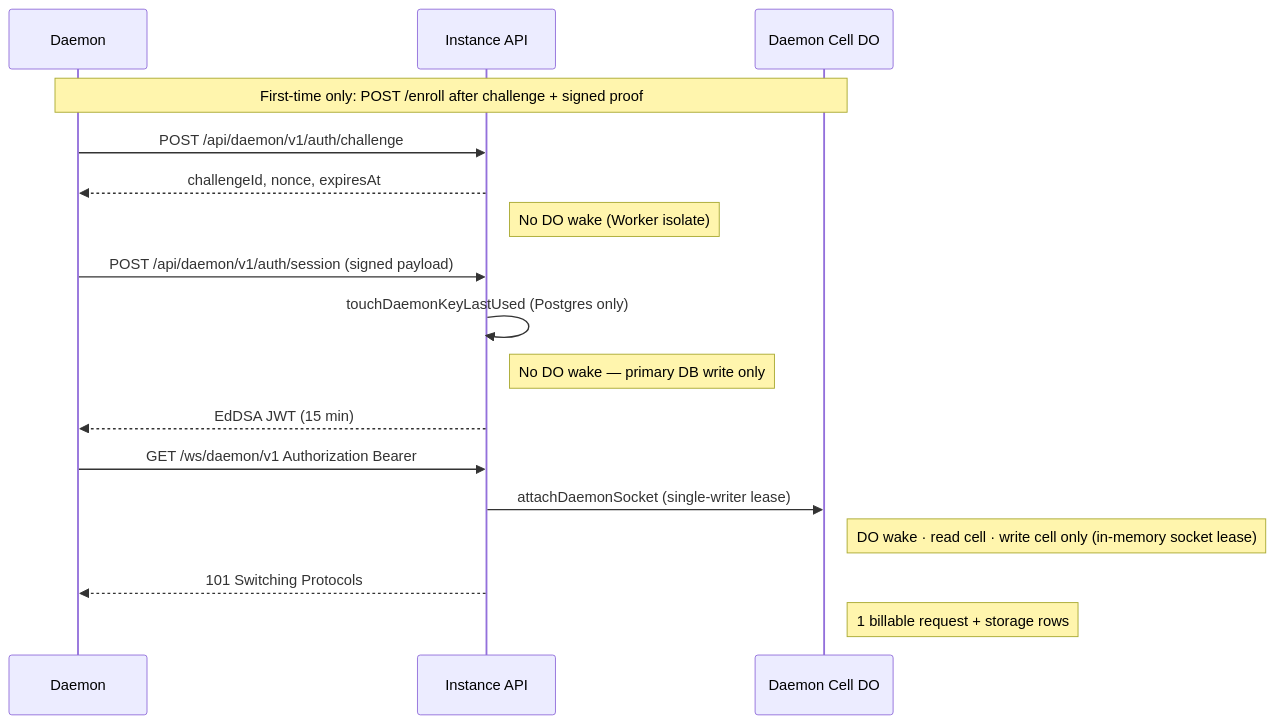
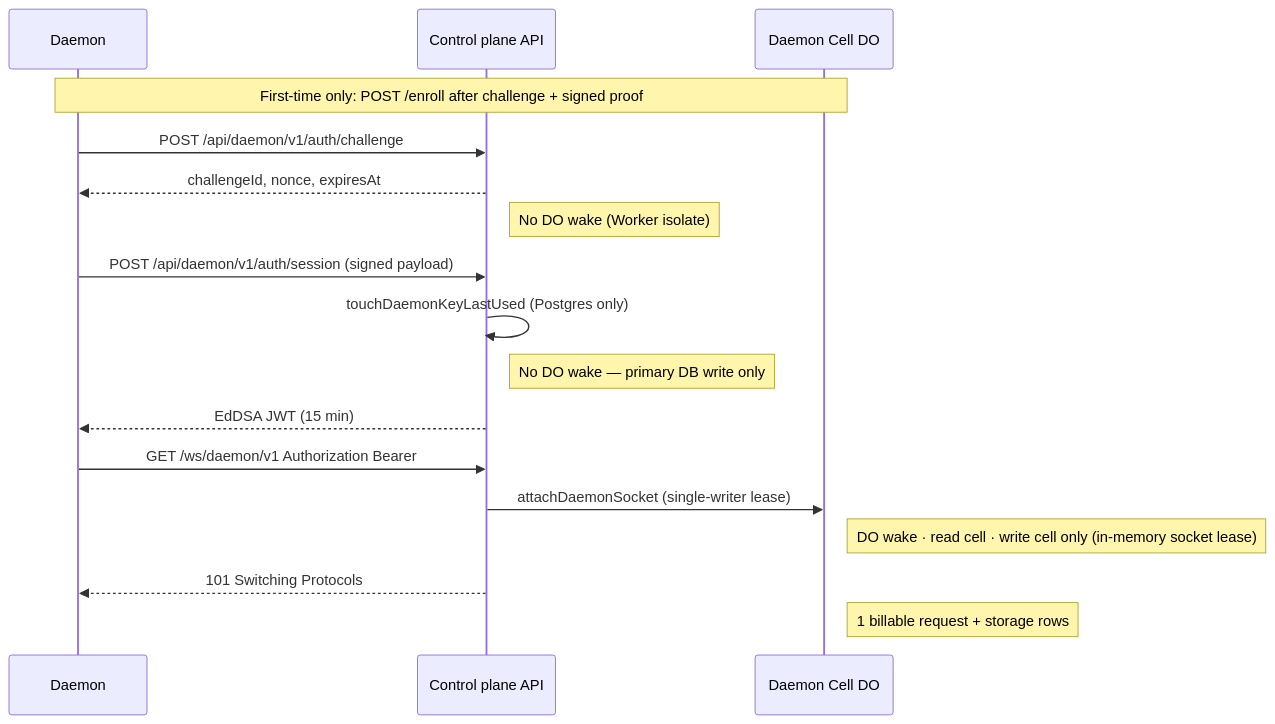
The first of 8 diagrams in docs/architecture/daemon-cell.mdx (TurboPanel/website), drawn with Mermaid before and after one commit. The commit also changed other lines of this file and 20 other files, not shown here.

Commit message:
docs: vocabulary sweep for architecture, security, metrics and database pages (#96)

````diff
--- a/docs/architecture/daemon-cell.mdx
+++ b/docs/architecture/daemon-cell.mdx
@@ -129,23 +129,23 @@
 ```mermaid
 sequenceDiagram
     participant Daemon
-    participant Instance as Instance API
+    participant Instance as Control plane API
     participant Cell as Daemon Cell DO
 
     Note over Daemon,Cell: First-time only: POST /enroll after challenge + signed proof
 
     Daemon->>Instance: POST /api/daemon/v1/auth/challenge
     Instance-->>Daemon: challengeId, nonce, expiresAt
     Note right of Instance: No DO wake (Worker isolate)
 
     Daemon->>Instance: POST /api/daemon/v1/auth/session (signed payload)
     Instance->>Instance: touchDaemonKeyLastUsed (Postgres only)
     Note right of Instance: No DO wake — primary DB write only
     Instance-->>Daemon: EdDSA JWT (15 min)
 
     Daemon->>Instance: GET /ws/daemon/v1 Authorization Bearer
     Instance->>Cell: attachDaemonSocket (single-writer lease)
     Note right of Cell: DO wake · read cell · write cell only (in-memory socket lease)
     Instance-->>Daemon: 101 Switching Protocols
     Note right of Cell: 1 billable request + storage rows
 ```
````
